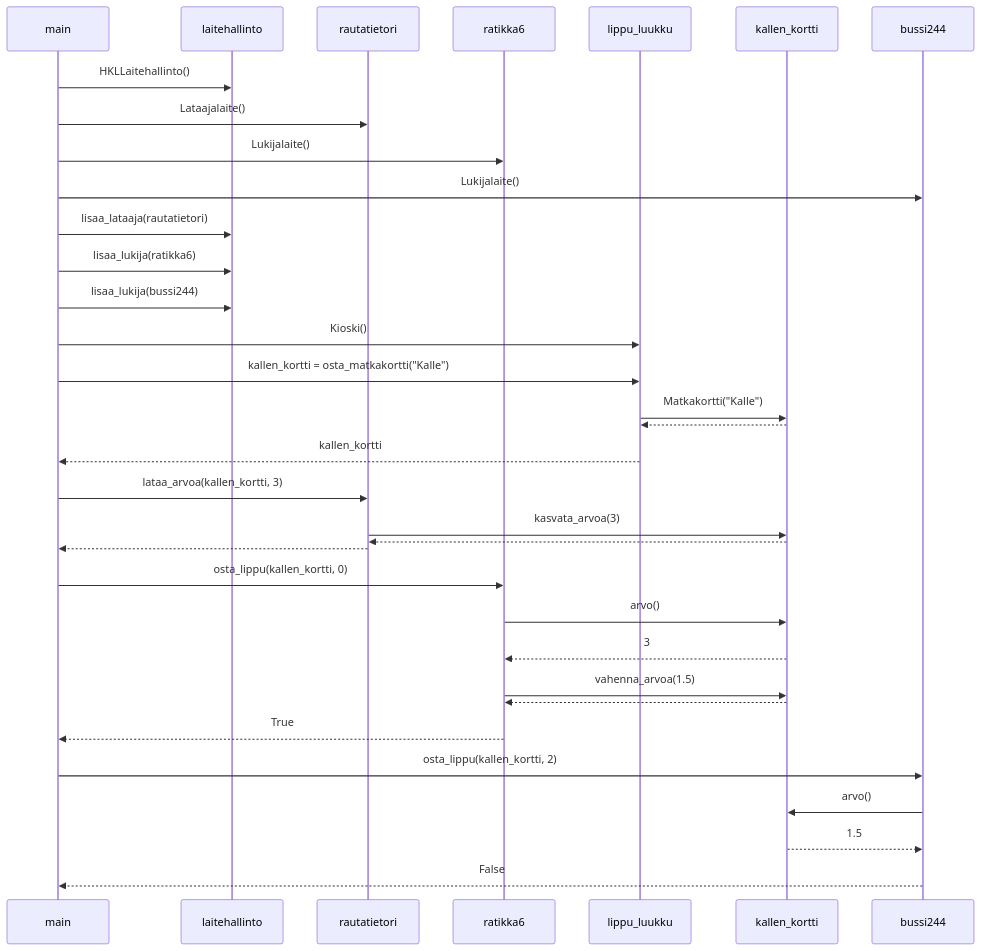
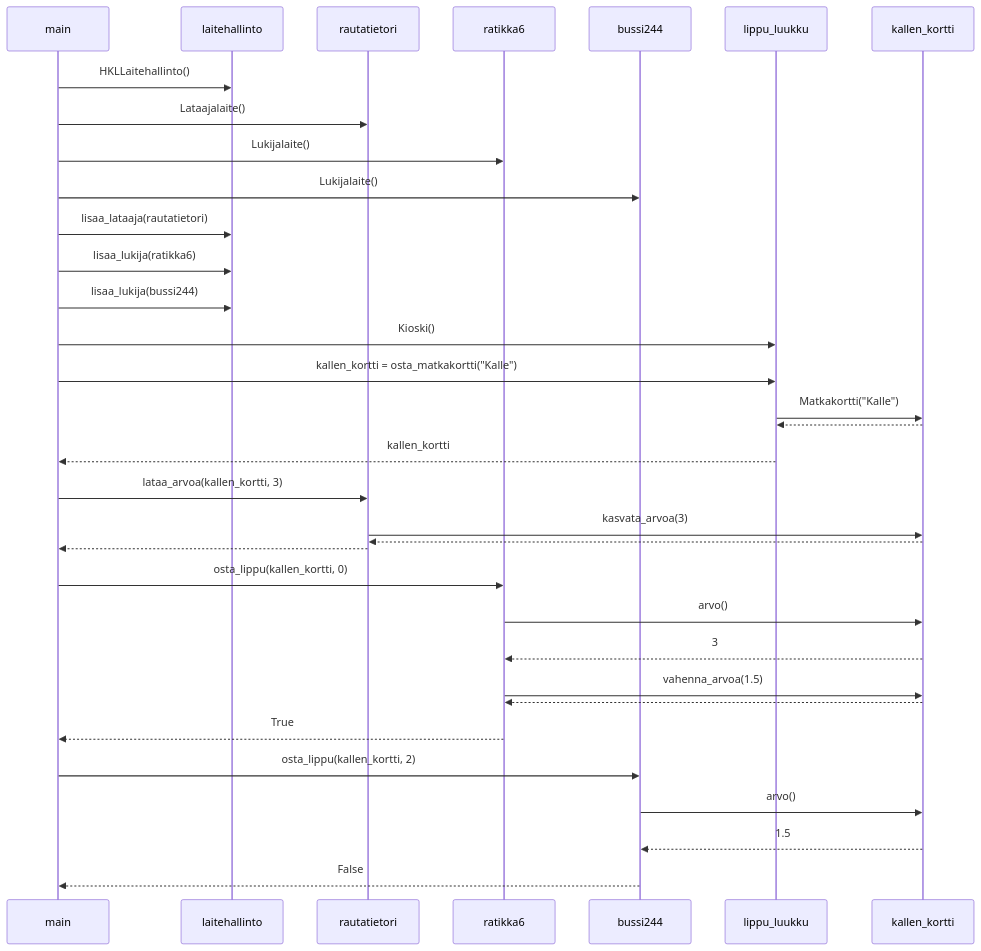
Before and after one commit to Hempppa/ot-harjoitustyot: the diagram in laskarit/viikko3/matkakortti.md, drawn with Mermaid.

Commit message:
Update matkakortti.md
pieni korjaus

````diff
--- a/laskarit/viikko3/matkakortti.md
+++ b/laskarit/viikko3/matkakortti.md
@@ -1,35 +1,36 @@
 ```mermaid
 sequenceDiagram
   participant main
   participant laitehallinto
   participant rautatietori
   participant ratikka6
+  participant bussi244
   participant lippu_luukku
   participant kallen_kortti
   main->>laitehallinto: HKLLaitehallinto()
   main->>rautatietori: Lataajalaite() 
   main->>ratikka6: Lukijalaite()
   main->>bussi244: Lukijalaite() 
   main->>laitehallinto: lisaa_lataaja(rautatietori)
   main->>laitehallinto: lisaa_lukija(ratikka6)
   main->>laitehallinto: lisaa_lukija(bussi244)
   main->>lippu_luukku: Kioski()
   main->>lippu_luukku: kallen_kortti = osta_matkakortti("Kalle")
   lippu_luukku->>kallen_kortti: Matkakortti("Kalle")
   kallen_kortti-->>lippu_luukku: 
   lippu_luukku-->>main: kallen_kortti
   main->>rautatietori: lataa_arvoa(kallen_kortti, 3)
   rautatietori->>kallen_kortti: kasvata_arvoa(3)
   kallen_kortti-->>rautatietori: 
   rautatietori-->>main: 
   main->>ratikka6: osta_lippu(kallen_kortti, 0)
   ratikka6->>kallen_kortti: arvo()
   kallen_kortti-->>ratikka6: 3
   ratikka6->>kallen_kortti: vahenna_arvoa(1.5)
   kallen_kortti-->>ratikka6: 
   ratikka6-->>main: True
   main->>bussi244: osta_lippu(kallen_kortti, 2)
   bussi244->>kallen_kortti: arvo()
   kallen_kortti-->>bussi244: 1.5
   bussi244-->>main: False
 ```
````
